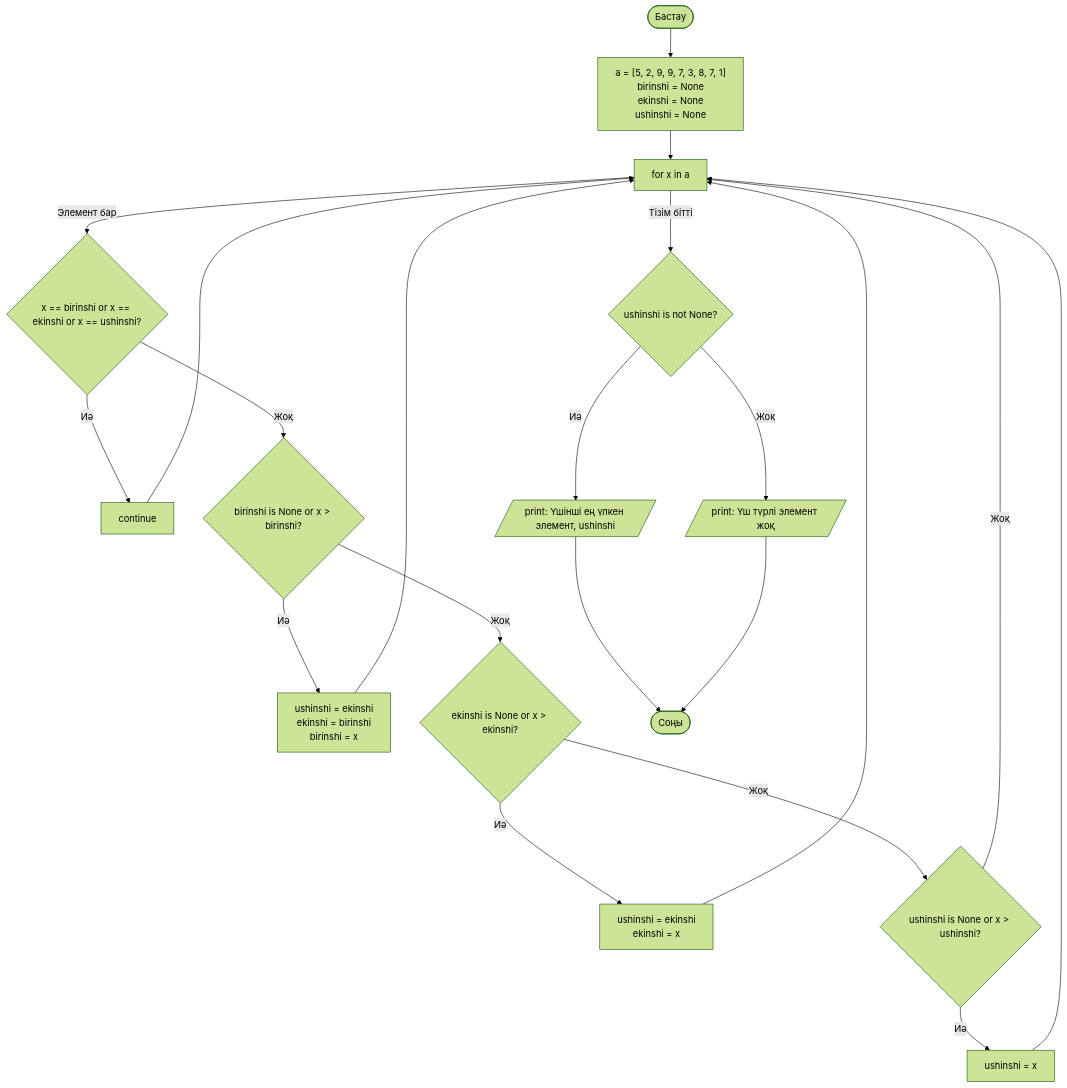
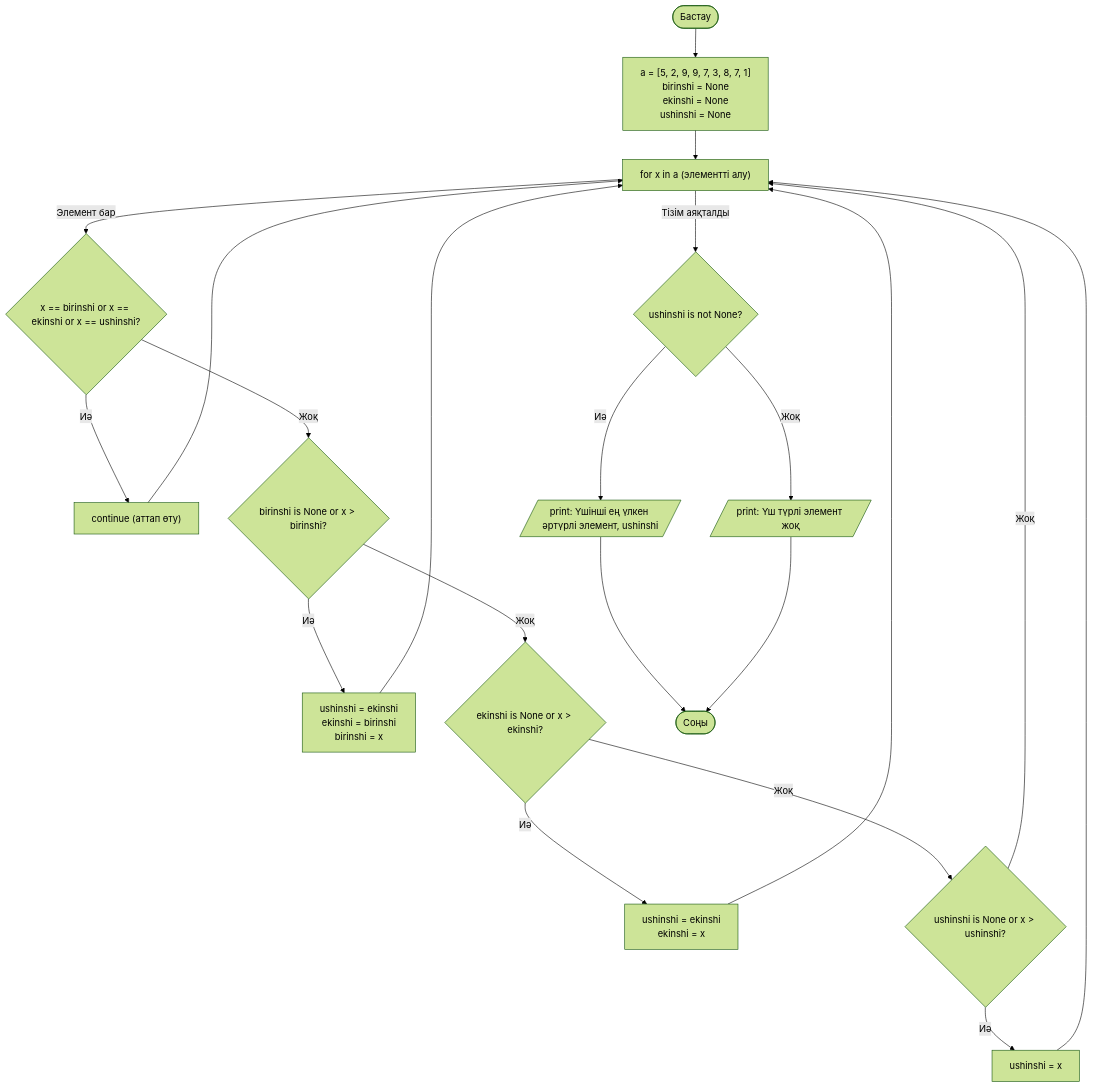
The first of 3 diagrams in README.md (aanakuanys/blok-schema), drawn with Mermaid (forest theme) before and after one commit.

Commit message:
Update README with improved Kazakh language descriptions

````diff
--- a/README.md
+++ b/README.md
@@ -1,26 +1,28 @@
 ```mermaid
 graph TD
     Start([Бастау]) --> Init["a = [5, 2, 9, 9, 7, 3, 8, 7, 1] <br/> birinshi = None <br/> ekinshi = None <br/> ushinshi = None"]
     
-    Init --> Loop["for x in a"]
+    Init --> Loop["for x in a (элементті алу)"]
     
     Loop -- "Элемент бар" --> CheckDup{"x == birinshi or x == ekinshi or x == ushinshi?"}
-    CheckDup -- "Иә" --> Continue["continue"] --> Loop
+    
+    CheckDup -- "Иә" --> Continue["continue (аттап өту)"] --> Loop
     CheckDup -- "Жоқ" --> Check1{"birinshi is None or x > birinshi?"}
     
     Check1 -- "Иә" --> Up1["ushinshi = ekinshi <br/> ekinshi = birinshi <br/> birinshi = x"] --> Loop
     Check1 -- "Жоқ" --> Check2{"ekinshi is None or x > ekinshi?"}
     
     Check2 -- "Иә" --> Up2["ushinshi = ekinshi <br/> ekinshi = x"] --> Loop
     Check2 -- "Жоқ" --> Check3{"ushinshi is None or x > ushinshi?"}
     
     Check3 -- "Иә" --> Up3["ushinshi = x"] --> Loop
     Check3 -- "Жоқ" --> Loop
     
-    Loop -- "Тізім бітті" --> CheckFinal{"ushinshi is not None?"}
-    CheckFinal -- "Иә" --> PrintYes[/print: Үшінші ең үлкен элемент, ushinshi/]
+    Loop -- "Тізім аяқталды" --> CheckFinal{"ushinshi is not None?"}
+    
+    CheckFinal -- "Иә" --> PrintYes[/print: Үшінші ең үлкен әртүрлі элемент, ushinshi/]
     CheckFinal -- "Жоқ" --> PrintNo[/print: Үш түрлі элемент жоқ/]
     
     PrintYes --> End([Соңы])
     PrintNo --> End([Соңы])
 ```
````
